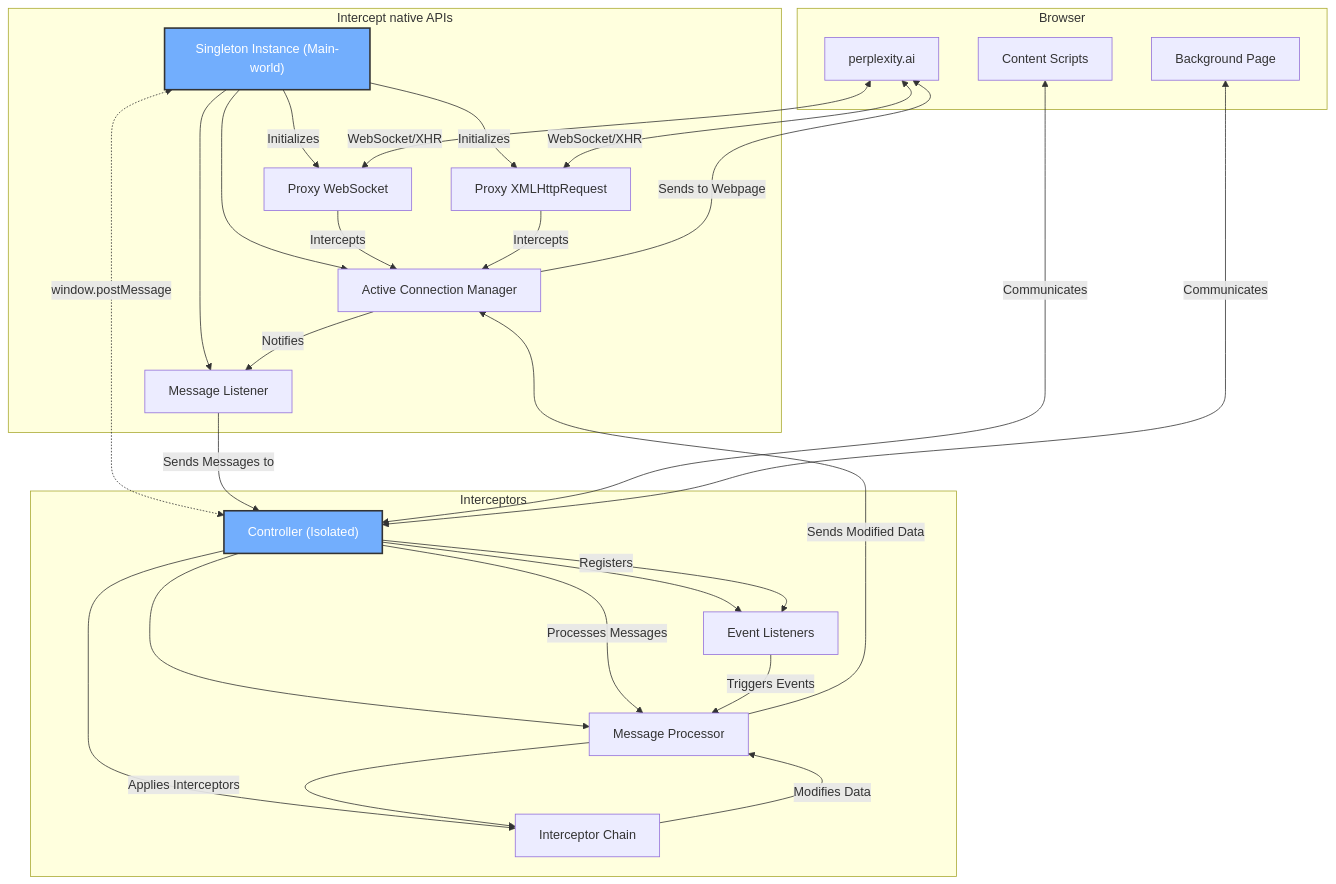
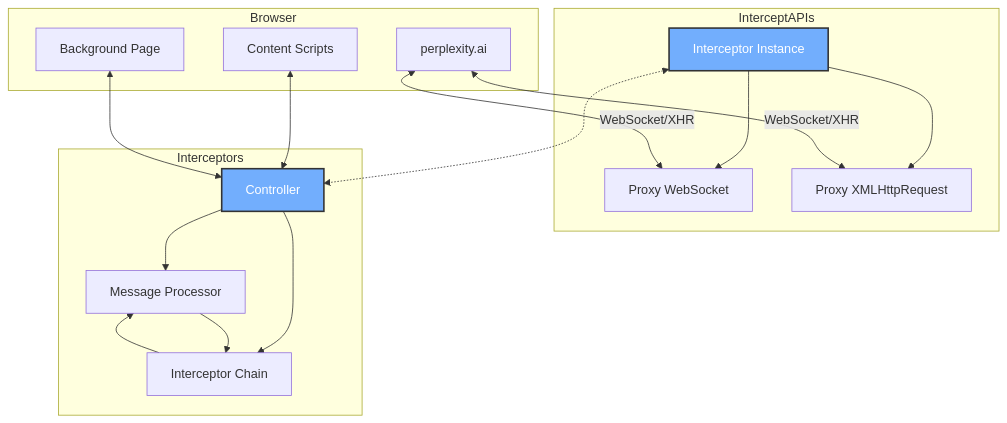
Before and after one commit to pnd280/complexity: the diagram in README.md, drawn with Mermaid. The commit also changed other lines of this file and 48 other files, not shown here.

````diff
--- a/README.md
+++ b/README.md
@@ -50,51 +53,34 @@
 ```mermaid
-  graph TD
+graph TD
     subgraph Browser
         W[perplexity.ai]
         CS[Content Scripts]
         BP[Background Page]
     end
 
-    subgraph InterceptAPIs["Intercept native APIs"]
-        WI["Singleton Instance (Main-world)"]
-        WI --> |Initializes| PWS[Proxy WebSocket]
-        WI --> |Initializes| PXHR[Proxy XMLHttpRequest]
-        WI --> AM[Active Connection Manager]
-        WI --> ML[Message Listener]
+    subgraph InterceptAPIs
+        WI[Interceptor Instance]
+        WI --> PWS[Proxy WebSocket]
+        WI --> PXHR[Proxy XMLHttpRequest]
     end
 
     subgraph Interceptors
-        WM["Controller (Isolated)"]
+        WM[Controller]
         WM --> MP[Message Processor]
         WM --> IC[Interceptor Chain]
-        WM --> EL[Event Listeners]
     end
-
-    WI <-. "window.postMessage" .-> WM
 
     W <--> |WebSocket/XHR| PWS
     W <--> |WebSocket/XHR| PXHR
 
-    PWS --> |Intercepts| AM
-    PXHR --> |Intercepts| AM
+    WI <-.-> WM
 
-    AM --> |Notifies| ML
-    ML --> |Sends Messages to| WM
+    CS <--> WM
+    BP <--> WM
 
-    CS <--> |Communicates| WM
-    BP <--> |Communicates| WM
-
-    WM --> |Processes Messages| MP
-    MP --> |Applies Interceptors| IC
-    IC --> |Modifies Data| MP
-
-    MP --> |Sends Modified Data| AM
-    AM --> |Sends to Webpage| W
-
-    WM --> |Registers| EL
-    EL --> |Triggers Events| MP
+    MP --> IC
+    IC --> MP
 
     classDef singleton fill:#72aefd,stroke:#333,color:#ffffff,stroke-width:2px;
     class WI,WM singleton;
-
 ```
````
